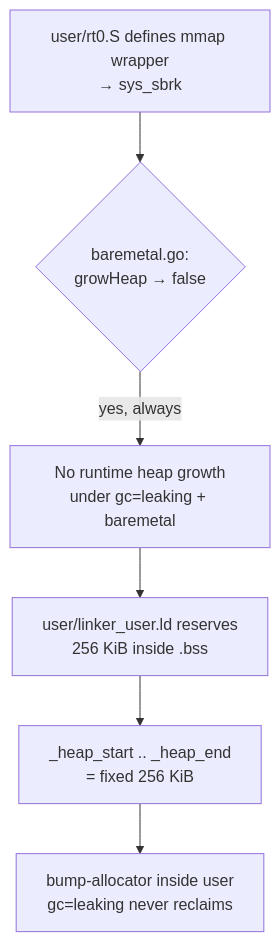
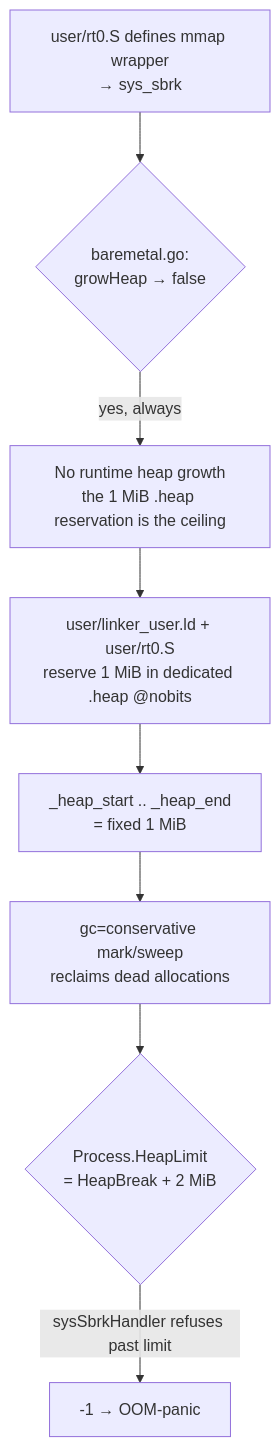
Before and after one commit to ryogrid/gooos: the sixth of 7 diagrams in current_impl_doc/memory.md, drawn with Mermaid. The commit also changed other lines of this file and 3 other files, not shown here.

````diff
--- a/current_impl_doc/memory.md
+++ b/current_impl_doc/memory.md
@@ -183,8 +183,10 @@
 ```mermaid
 flowchart TB
     A[user/rt0.S defines mmap wrapper<br/>→ sys_sbrk] --> B{baremetal.go:<br/>growHeap → false}
-    B -->|yes, always| C[No runtime heap growth<br/>under gc=leaking + baremetal]
-    C --> D[user/linker_user.ld reserves<br/>256 KiB inside .bss]
-    D --> E[_heap_start .. _heap_end<br/>= fixed 256 KiB]
-    E --> F[bump-allocator inside user<br/>gc=leaking never reclaims]
+    B -->|yes, always| C[No runtime heap growth<br/>the 1 MiB .heap reservation is the ceiling]
+    C --> D[user/linker_user.ld + user/rt0.S<br/>reserve 1 MiB in dedicated .heap @nobits]
+    D --> E[_heap_start .. _heap_end<br/>= fixed 1 MiB]
+    E --> F[gc=conservative mark/sweep<br/>reclaims dead allocations]
+    F --> G{Process.HeapLimit<br/>= HeapBreak + 2 MiB}
+    G -->|sysSbrkHandler refuses past limit| H[-1 → OOM-panic]
 ```
````
